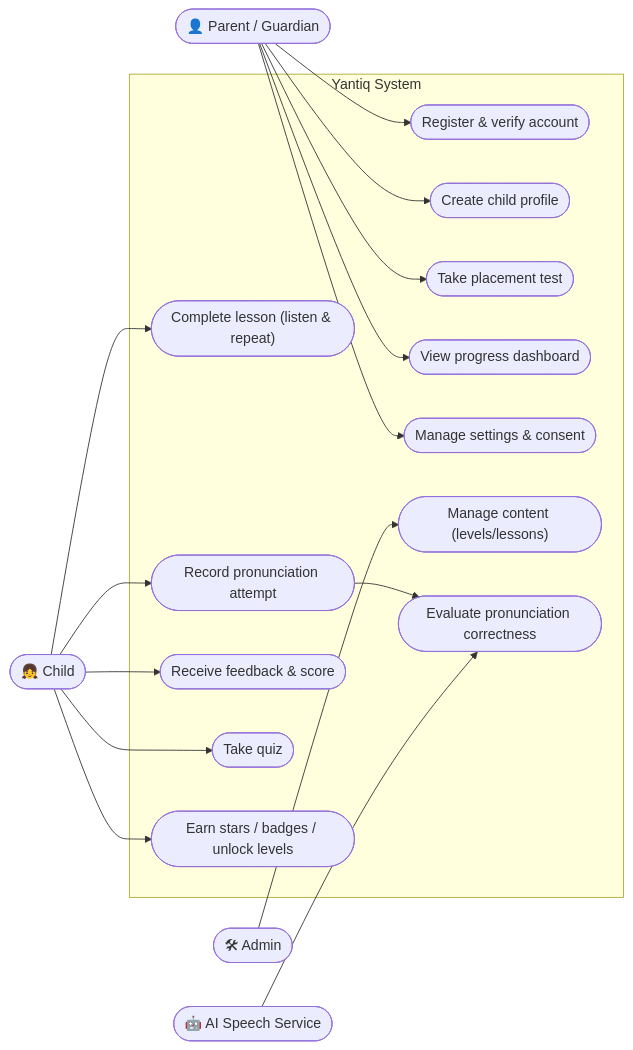
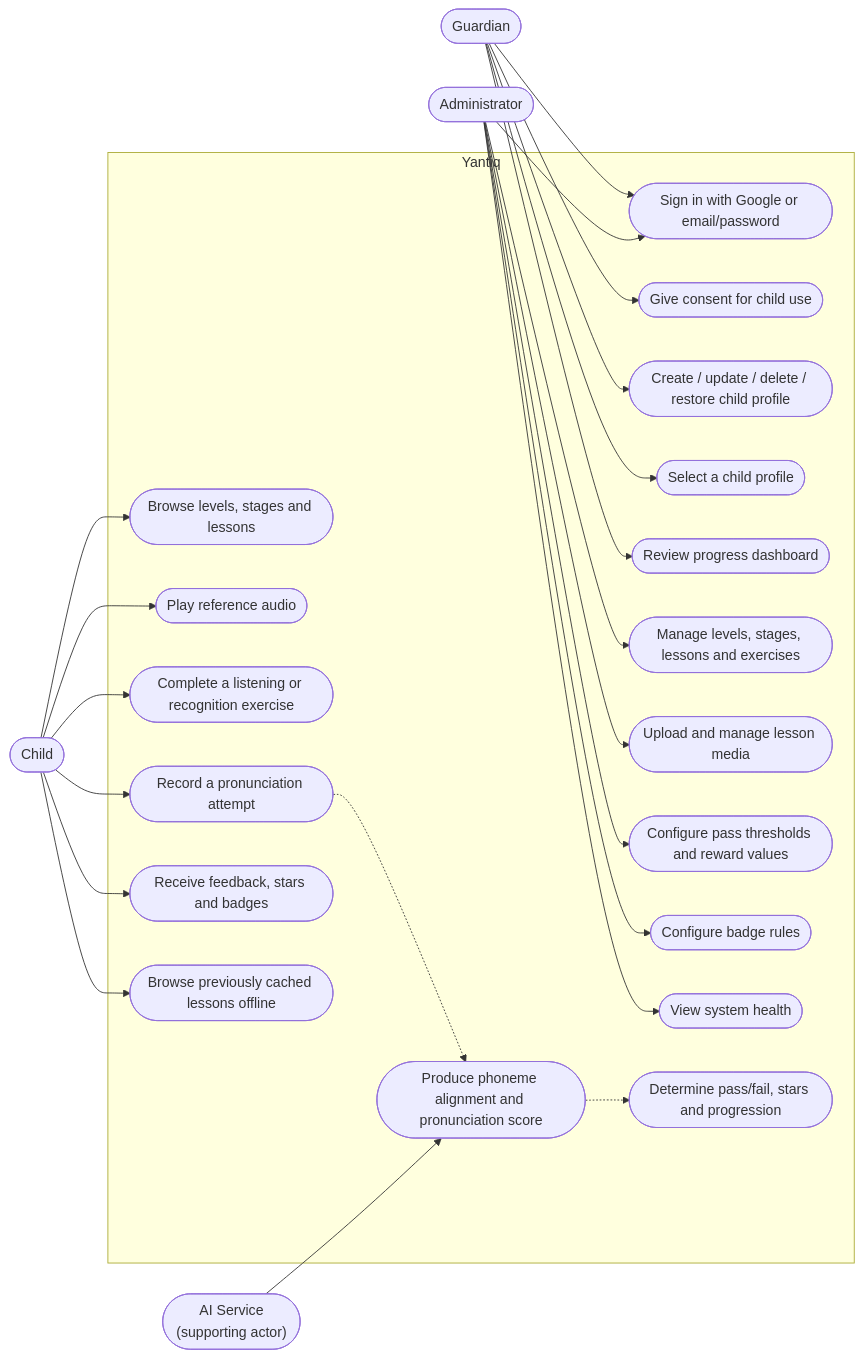
Before and after one commit to MohamedMaged9258/Yantiq: the fourth of 20 diagrams in docs/architecture/diagrams.md, drawn with Mermaid. The commit also changed other lines of this file, not shown here.

First line of the commit message:
docs: rewrite architecture diagrams against the Phase 0 baseline

````diff
--- a/docs/architecture/diagrams.md
+++ b/docs/architecture/diagrams.md
@@ -152,28 +237,38 @@
 ```mermaid
 flowchart LR
-    CHILD(["👧 Child"])
-    PARENT(["👤 Parent / Guardian"])
-    ADMIN(["🛠 Admin"])
-    AISYS(["🤖 AI Speech Service"])
+    GUARDIAN(["Guardian"])
+    CHILD(["Child"])
+    ADMINISTRATOR(["Administrator"])
+    AISYS(["AI Service<br/>(supporting actor)"])
 
-    subgraph Yantiq["Yantiq System"]
-        UC1(["Register & verify account"])
-        UC2(["Create child profile"])
-        UC3(["Take placement test"])
-        UC4(["Complete lesson (listen & repeat)"])
-        UC5(["Record pronunciation attempt"])
-        UC6(["Receive feedback & score"])
-        UC7(["Take quiz"])
-        UC8(["Earn stars / badges / unlock levels"])
-        UC9(["View progress dashboard"])
-        UC10(["Manage settings & consent"])
-        UC11(["Manage content (levels/lessons)"])
-        UC12(["Evaluate pronunciation correctness"])
+    subgraph System["Yantiq"]
+        UC1(["Sign in with Google or email/password"])
+        UC2(["Give consent for child use"])
+        UC3(["Create / update / delete / restore child profile"])
+        UC4(["Select a child profile"])
+        UC5(["Review progress dashboard"])
+
+        UC6(["Browse levels, stages and lessons"])
+        UC7(["Play reference audio"])
+        UC8(["Complete a listening or recognition exercise"])
+        UC9(["Record a pronunciation attempt"])
+        UC10(["Receive feedback, stars and badges"])
+        UC11(["Browse previously cached lessons offline"])
+
+        UC12(["Manage levels, stages, lessons and exercises"])
+        UC13(["Upload and manage lesson media"])
+        UC14(["Configure pass thresholds and reward values"])
+        UC15(["Configure badge rules"])
+        UC16(["View system health"])
+
+        UC17(["Produce phoneme alignment and pronunciation score"])
+        UC18(["Determine pass/fail, stars and progression"])
     end
 
-    PARENT --> UC1 & UC2 & UC3 & UC9 & UC10
-    CHILD --> UC4 & UC5 & UC6 & UC7 & UC8
-    ADMIN --> UC11
-    UC5 --> UC12
-    AISYS --> UC12
+    GUARDIAN --> UC1 & UC2 & UC3 & UC4 & UC5
+    CHILD --> UC6 & UC7 & UC8 & UC9 & UC10 & UC11
+    ADMINISTRATOR --> UC1 & UC12 & UC13 & UC14 & UC15 & UC16
+    UC9 -.-> UC17
+    AISYS --> UC17
+    UC17 -.-> UC18
 ```
````
